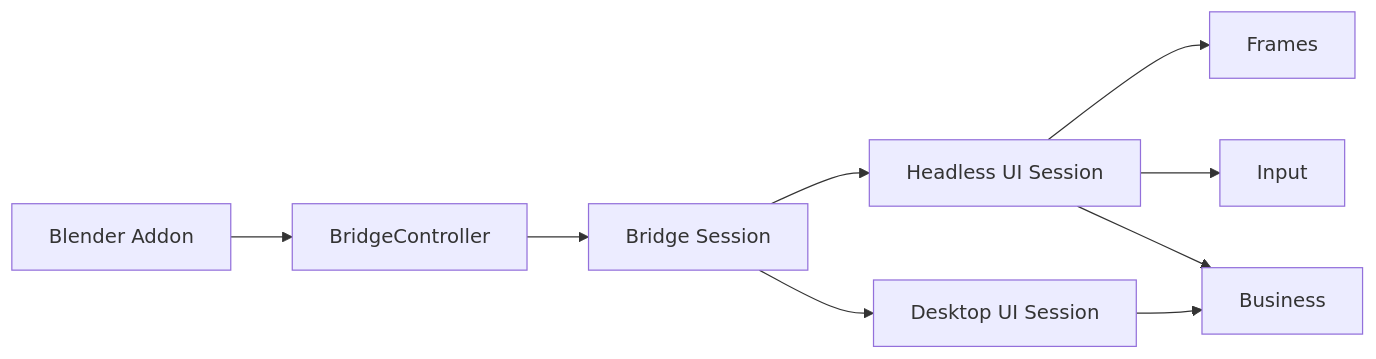
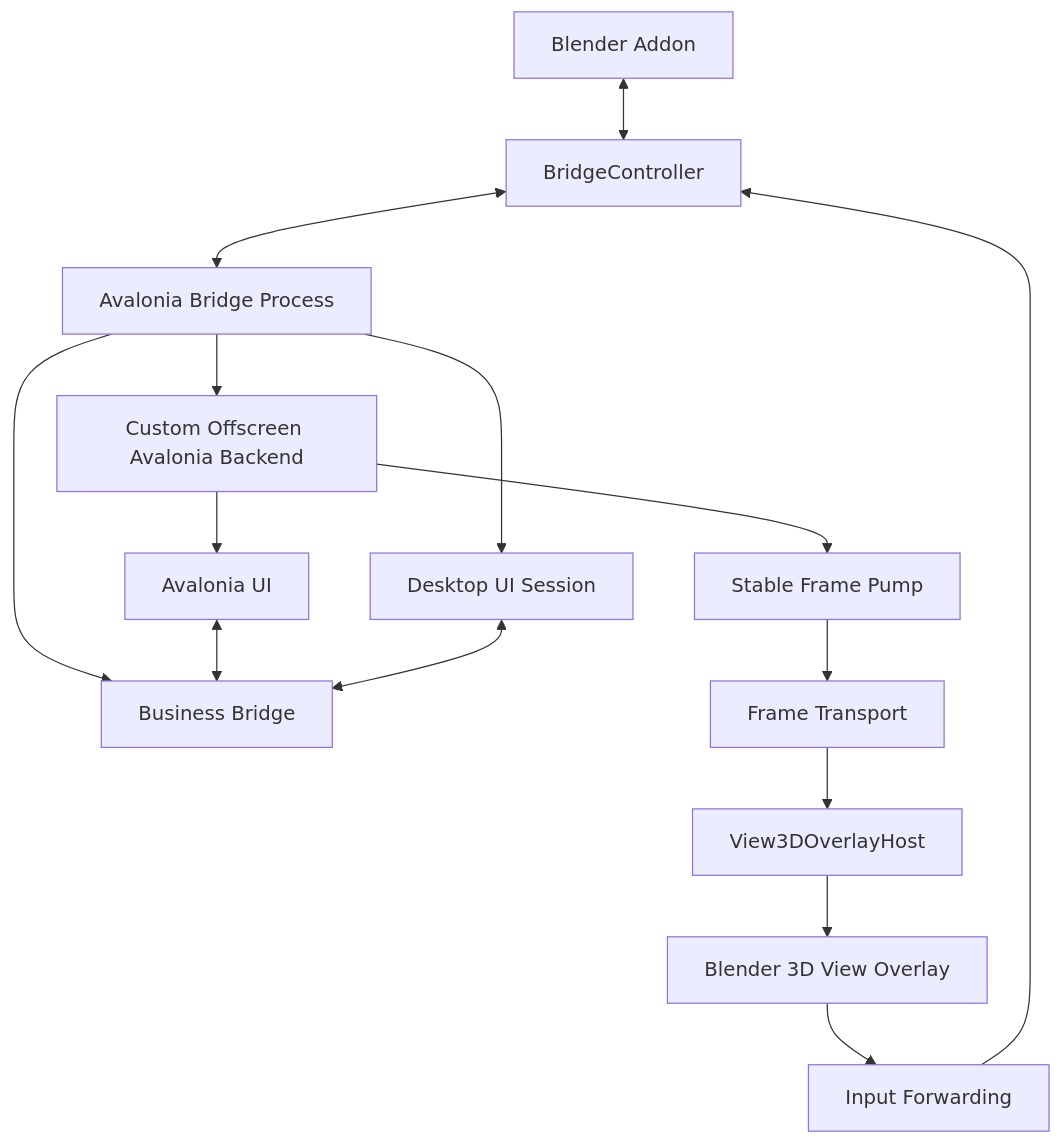
The first of 2 diagrams in docs/en/guide/how-it-works.md (atticus-lv/BlenderAvaloniaBridge), drawn with Mermaid before and after one commit. The commit also changed other lines of this file and 9 other files, not shown here.

Commit message:
docs: update offscreen bridge architecture

````diff
--- a/docs/en/guide/how-it-works.md
+++ b/docs/en/guide/how-it-works.md
@@ -5,14 +5,20 @@
 ```mermaid
-flowchart LR
-    A["Blender Addon"] --> B["BridgeController"]
-    B --> C["Bridge Session"]
+flowchart TB
+    A["Blender Addon"] <--> B["BridgeController"]
+    B <--> C["Avalonia Bridge Process"]
 
-    C --> D["Headless UI Session"]
+    C --> D["Custom Offscreen Avalonia Backend"]
     C --> E["Desktop UI Session"]
+    C --> H["Business Bridge"]
 
-    D --> F["Frames"]
-    D --> G["Input"]
-    D --> H["Business"]
+    D --> F["Avalonia UI"]
+    D --> G["Stable Frame Pump"]
+    G --> I["Frame Transport"]
+    I --> J["View3DOverlayHost"]
+    J --> K["Blender 3D View Overlay"]
 
-    E --> H
+    K --> L["Input Forwarding"]
+    L --> B
+    F <--> H
+    E <--> H
 ```
````
